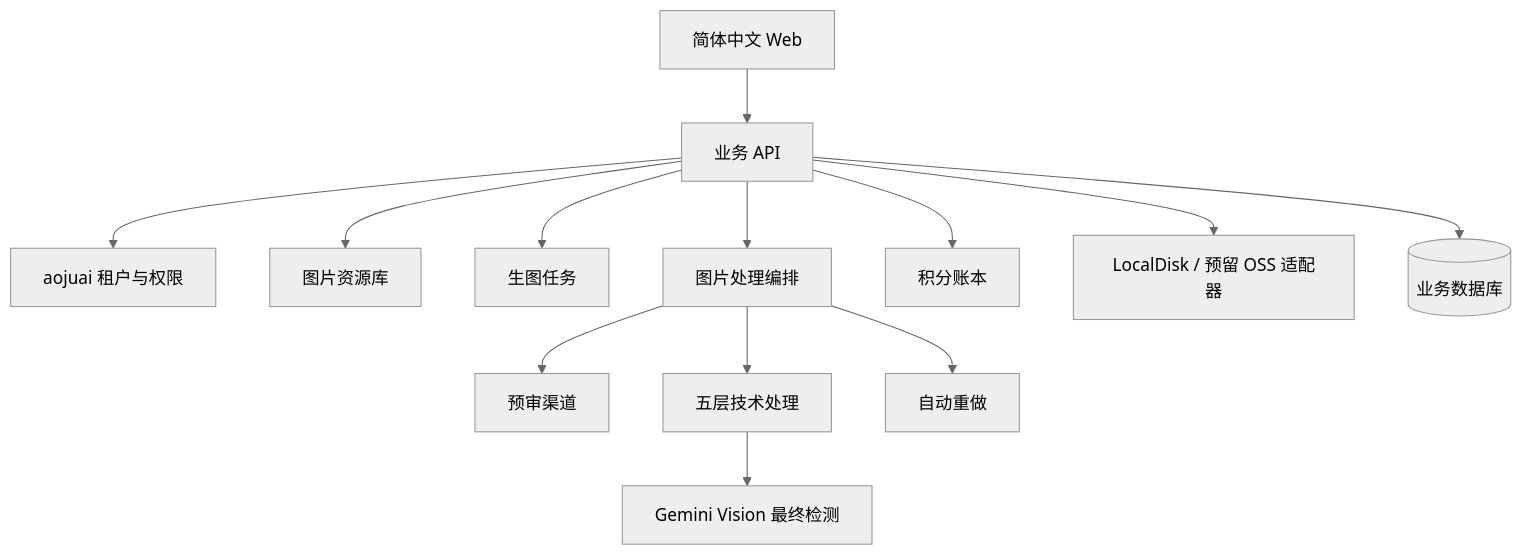
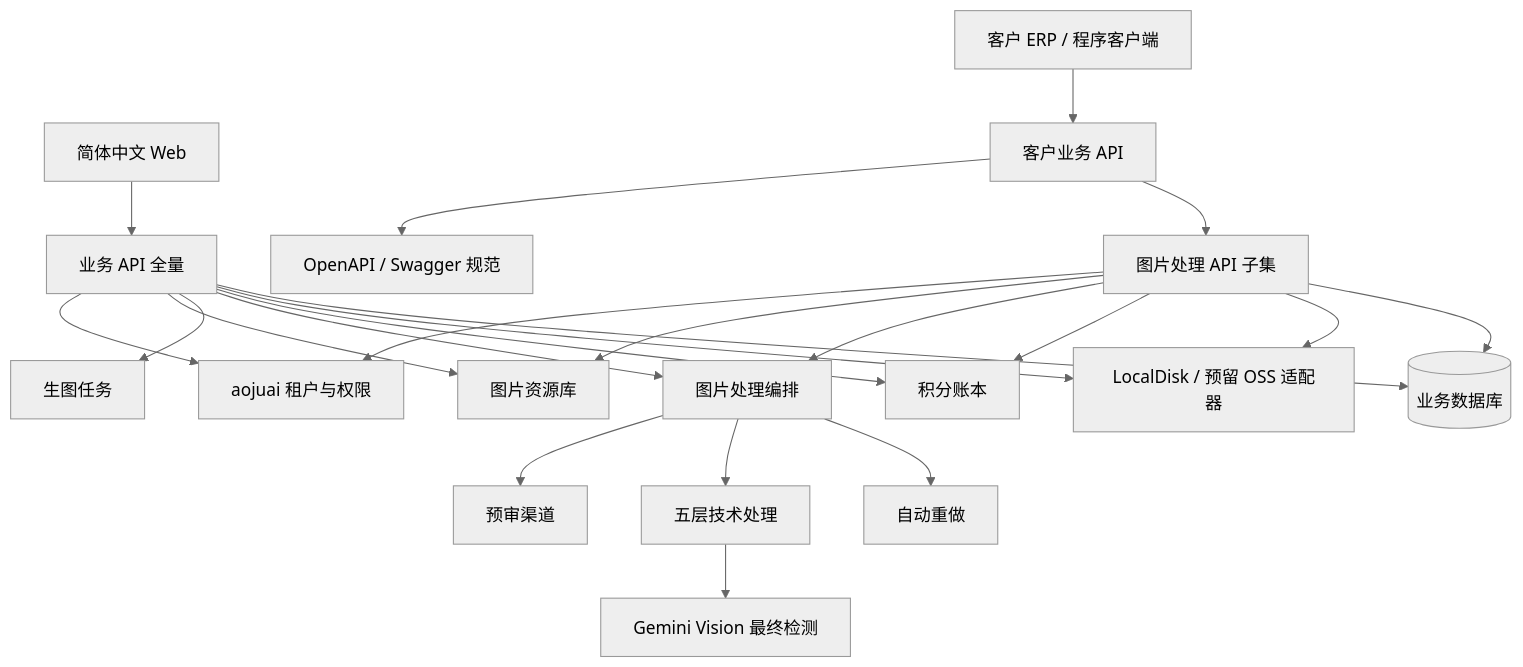
One commit to nancywrayg57-jpg/mihuanyuantu-v2 changed the third of 3 diagrams in docs/蜜獾原图-v2-PRD-v2.0.md. Above: the diagram before and after it, drawn with Mermaid (neutral theme). The commit also changed other lines of this file and 21 other files, not shown here.

````diff
--- a/docs/蜜獾原图-v2-PRD-v2.0.md
+++ b/docs/蜜獾原图-v2-PRD-v2.0.md
@@ -583,15 +623,24 @@
 ```mermaid
 flowchart TB
-  UI[简体中文 Web] --> API[业务 API]
+  UI[简体中文 Web] --> API[业务 API 全量]
+  ERP[客户 ERP / 程序客户端] --> CAP[客户业务 API]
+  CAP --> SWAG[OpenAPI / Swagger 规范]
+  CAP --> PROCAPI[图片处理 API 子集]
   API --> TENANT[aojuai 租户与权限]
   API --> RES[图片资源库]
   API --> GEN[生图任务]
   API --> PROC[图片处理编排]
+  PROCAPI --> TENANT
+  PROCAPI --> RES
+  PROCAPI --> PROC
+  PROCAPI --> LEDGER[积分账本]
   PROC --> PRE[预审渠道]
   PROC --> PIPE[五层技术处理]
   PIPE --> VERIFY[Gemini Vision 最终检测]
   PROC --> AR[自动重做]
-  API --> LEDGER[积分账本]
+  API --> LEDGER
   API --> STORE[LocalDisk / 预留 OSS 适配器]
   API --> DB[(业务数据库)]
+  PROCAPI --> STORE
+  PROCAPI --> DB
 ```
````
